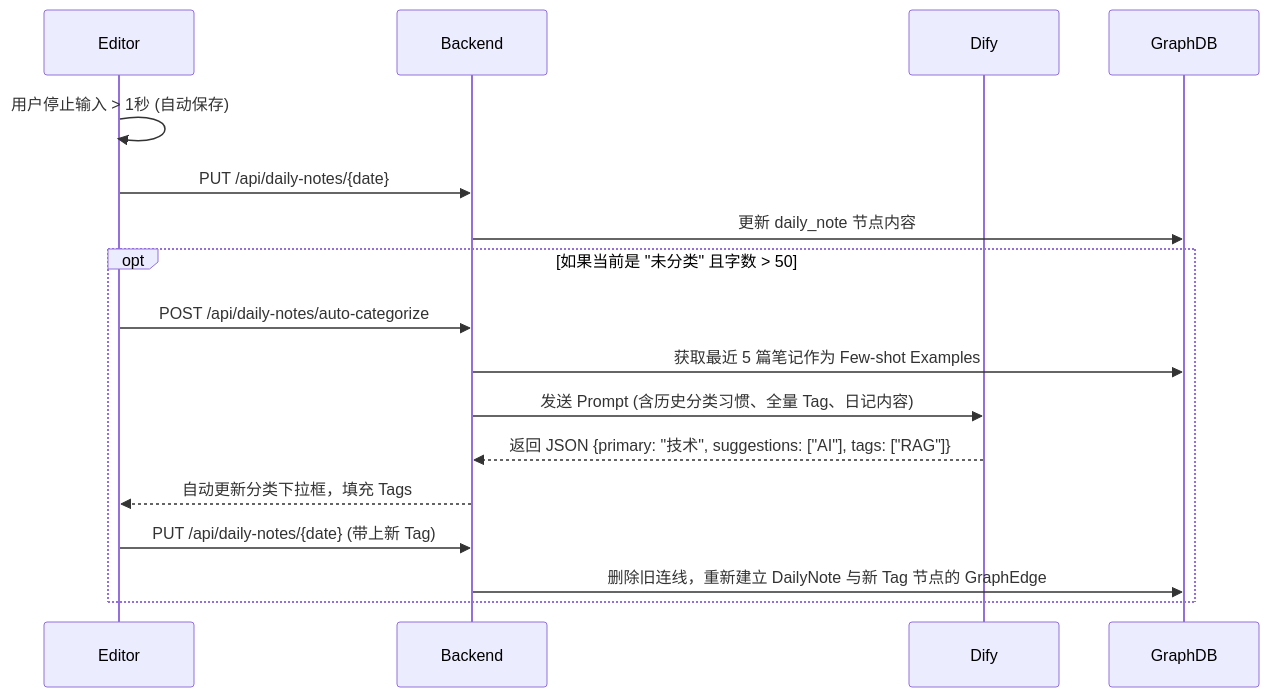
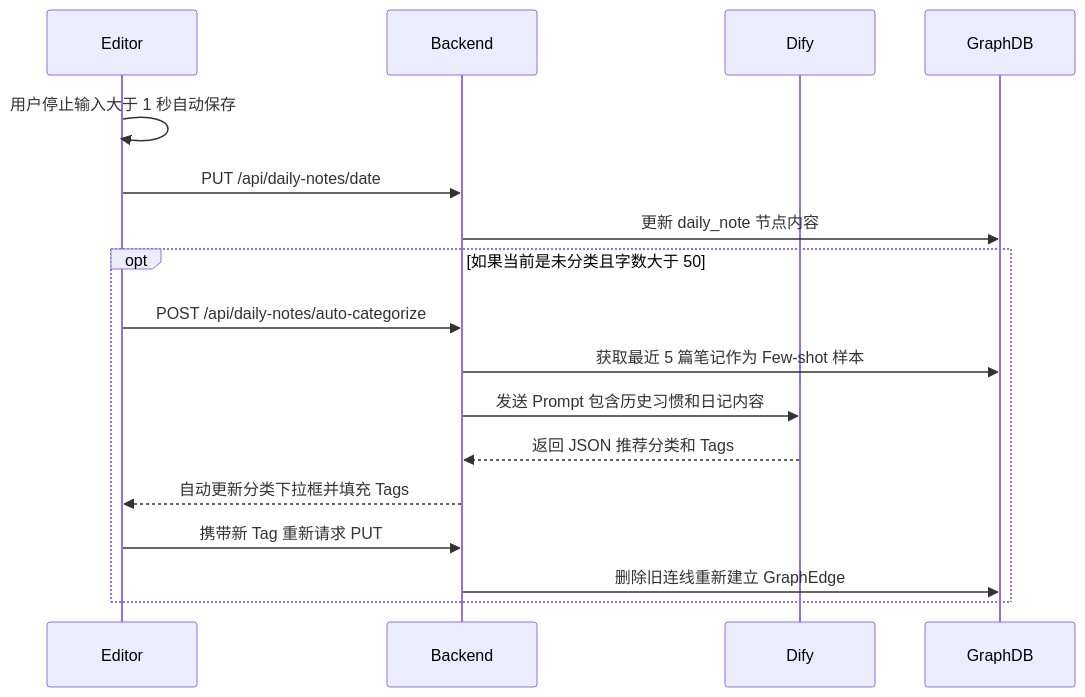
One commit to lisongjianustc/InsightGraph changed the third of 7 diagrams in Project_Documentation.md. Above: the diagram before and after it, drawn with Mermaid. The commit also changed other lines of this file, not shown here.

Commit message:
docs: completely sanitize all mermaid diagrams by removing quotes, brackets, parentheses, colons, and special characters from node and edge labels to ensure maximum compatibility with strict markdown parsers

````diff
--- a/Project_Documentation.md
+++ b/Project_Documentation.md
@@ -144,21 +144,21 @@
 ```mermaid
 sequenceDiagram
     participant Editor
     participant Backend
     participant Dify
     participant GraphDB
 
-    Editor->>Editor: 用户停止输入 > 1秒 (自动保存)
-    Editor->>Backend: PUT /api/daily-notes/{date}
+    Editor->>Editor: 用户停止输入大于 1 秒自动保存
+    Editor->>Backend: PUT /api/daily-notes/date
     Backend->>GraphDB: 更新 daily_note 节点内容
     
-    opt 如果当前是 "未分类" 且字数 > 50
+    opt 如果当前是未分类且字数大于 50
         Editor->>Backend: POST /api/daily-notes/auto-categorize
-        Backend->>GraphDB: 获取最近 5 篇笔记作为 Few-shot Examples
-        Backend->>Dify: 发送 Prompt (含历史分类习惯、全量 Tag、日记内容)
-        Dify-->>Backend: 返回 JSON {primary: "技术", suggestions: ["AI"], tags: ["RAG"]}
-        Backend-->>Editor: 自动更新分类下拉框，填充 Tags
-        Editor->>Backend: PUT /api/daily-notes/{date} (带上新 Tag)
-        Backend->>GraphDB: 删除旧连线，重新建立 DailyNote 与新 Tag 节点的 GraphEdge
+        Backend->>GraphDB: 获取最近 5 篇笔记作为 Few-shot 样本
+        Backend->>Dify: 发送 Prompt 包含历史习惯和日记内容
+        Dify-->>Backend: 返回 JSON 推荐分类和 Tags
+        Backend-->>Editor: 自动更新分类下拉框并填充 Tags
+        Editor->>Backend: 携带新 Tag 重新请求 PUT
+        Backend->>GraphDB: 删除旧连线重新建立 GraphEdge
     end
 ```
````
